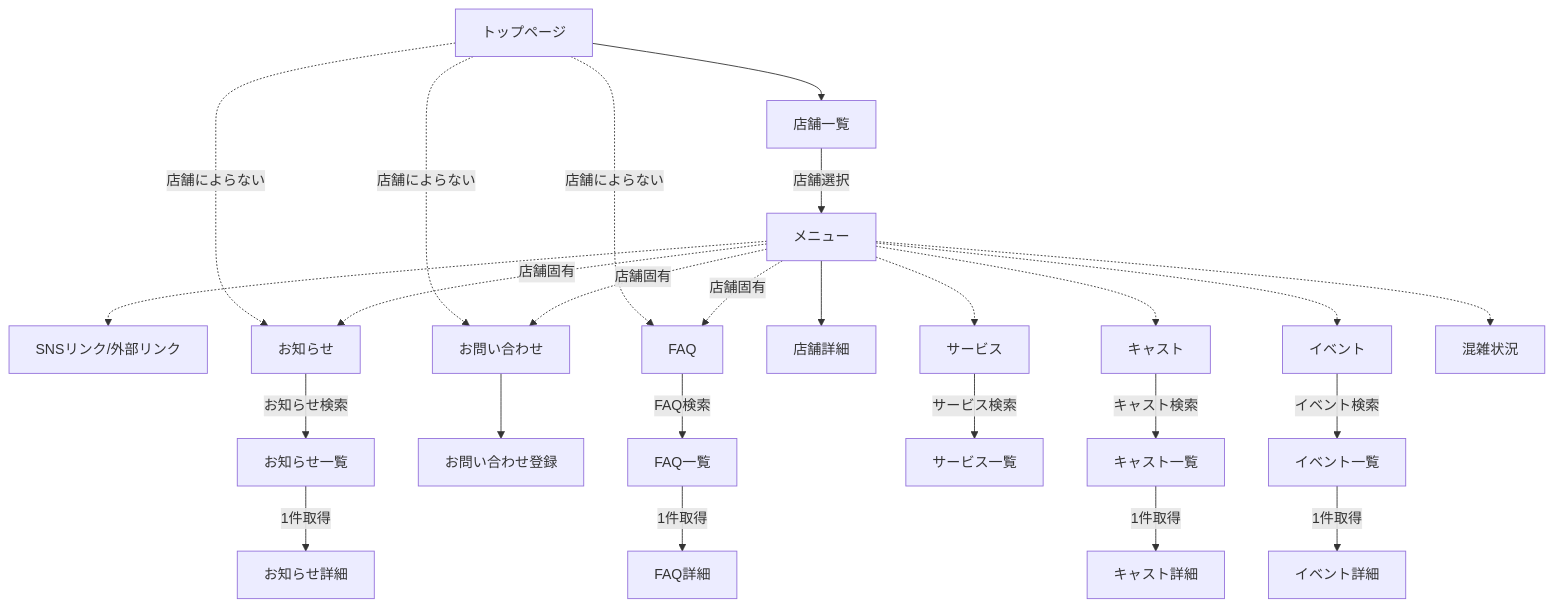
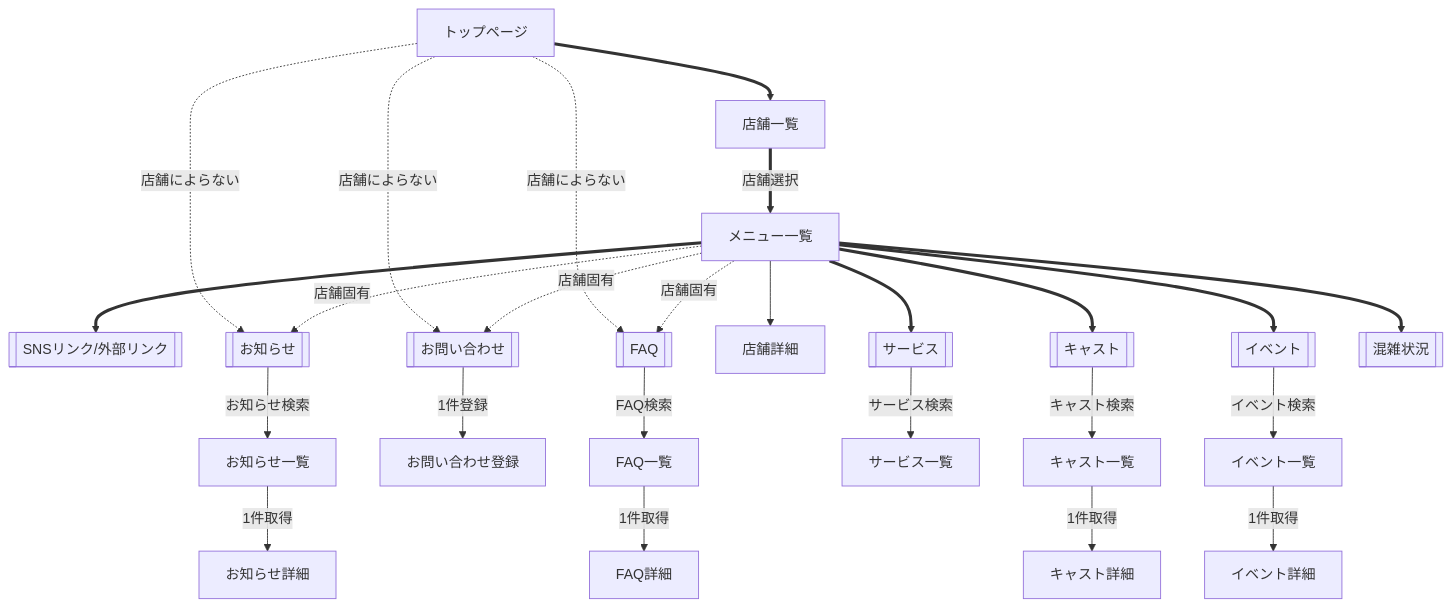
Before and after one commit to mabubu0203/catcafe: the first of 2 diagrams in document/02. 基本設計/2.screen_transition_diagram.md, drawn with Mermaid. The commit also changed other lines of this file and 2 other files, not shown here.

````diff
--- a/document/02. 基本設計/2.screen_transition_diagram.md
+++ b/document/02. 基本設計/2.screen_transition_diagram.md
@@ -19,28 +29,28 @@
 ```mermaid
 graph TD
   TOP[トップページ]
-  TOP --> D1[店舗一覧]
-  TOP -.-> |店舗によらない| C[お知らせ]
-  TOP -.-> |店舗によらない| E[お問い合わせ]
-  TOP -.-> |店舗によらない| F[FAQ]
-  D1 --> |店舗選択| G[メニュー]
-  G -.-> |店舗固有| C
-  G -.-> |店舗固有| E
-  G -.-> |店舗固有| F
-  G --> D2[店舗詳細]
-  G -.-> I[サービス]
-  G -.-> J[キャスト]
-  G -.-> M[イベント]
-  G -.-> N[混雑状況]
-  G -.-> 0[SNSリンク/外部リンク]
-  C --> |お知らせ検索| C1[お知らせ一覧]
-  C1 --> |1件取得| C2[お知らせ詳細]
-  E --> E3[お問い合わせ登録]
-  F --> |FAQ検索| F1[FAQ一覧]
-  F1 --> |1件取得| F2[FAQ詳細]
-  I --> |サービス検索| I1[サービス一覧]
-  J --> |キャスト検索| J1[キャスト一覧]
-  J1 --> |1件取得| J2[キャスト詳細]
-  M --> |イベント検索| M1[イベント一覧]
-  M1 --> |1件取得| M2[イベント詳細]
+  TOP ==> D1[店舗一覧]
+  TOP -. 店舗によらない .-> C[[お知らせ]]
+  TOP -. 店舗によらない .-> E[[お問い合わせ]]
+  TOP -. 店舗によらない .-> F[[FAQ]]
+  D1 == 店舗選択 ==> G1[メニュー一覧]
+  G1 -. 店舗固有 .-> C
+  G1 -. 店舗固有 .-> E
+  G1 -. 店舗固有 .-> F
+  G1 --> D2[店舗詳細]
+  G1 ==> I[[サービス]]
+  G1 ==> J[[キャスト]]
+  G1 ==> M[[イベント]]
+  G1 ==> N[[混雑状況]]
+  G1 ==> 0[[SNSリンク/外部リンク]]
+  C -- お知らせ検索 --> C1[お知らせ一覧]
+  C1 -- 1件取得 --> C2[お知らせ詳細]
+  E -- 1件登録 --> E3[お問い合わせ登録]
+  F -- FAQ検索 --> F1[FAQ一覧]
+  F1 -- 1件取得 --> F2[FAQ詳細]
+  I -- サービス検索 --> I1[サービス一覧]
+  J -- キャスト検索 --> J1[キャスト一覧]
+  J1 -- 1件取得 --> J2[キャスト詳細]
+  M -- イベント検索 --> M1[イベント一覧]
+  M1 -- 1件取得 --> M2[イベント詳細]
 ```
````
